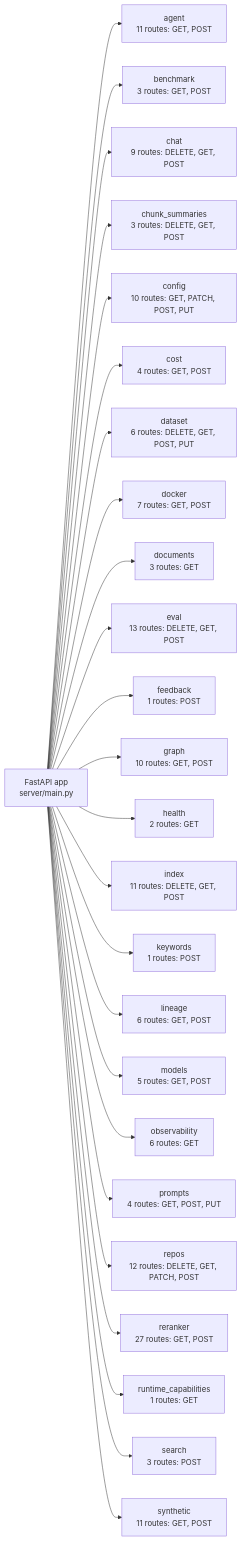
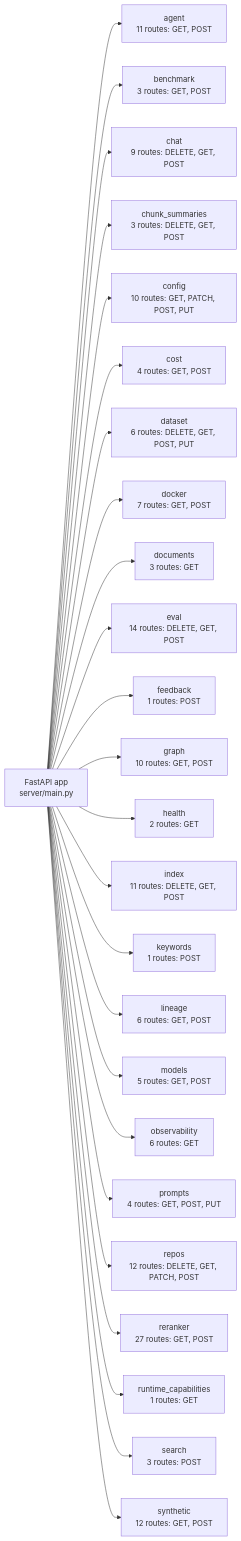
The first of 25 diagrams in mkdocs/docs/reference/architecture/api-surface.md (DMontgomery40/ragweld), drawn with Mermaid before and after one commit. The commit also changed other lines of this file and 13 other files, not shown here.

````diff
--- a/mkdocs/docs/reference/architecture/api-surface.md
+++ b/mkdocs/docs/reference/architecture/api-surface.md
@@ -10,52 +10,52 @@
 ```mermaid
 flowchart LR
     app["FastAPI app\nserver/main.py"]
     n_agent["agent\n11 routes: GET, POST"]
     app --> n_agent
     n_benchmark["benchmark\n3 routes: GET, POST"]
     app --> n_benchmark
     n_chat["chat\n9 routes: DELETE, GET, POST"]
     app --> n_chat
     n_chunk_summaries["chunk_summaries\n3 routes: DELETE, GET, POST"]
     app --> n_chunk_summaries
     n_config["config\n10 routes: GET, PATCH, POST, PUT"]
     app --> n_config
     n_cost["cost\n4 routes: GET, POST"]
     app --> n_cost
     n_dataset["dataset\n6 routes: DELETE, GET, POST, PUT"]
     app --> n_dataset
     n_docker["docker\n7 routes: GET, POST"]
     app --> n_docker
     n_documents["documents\n3 routes: GET"]
     app --> n_documents
-    n_eval["eval\n13 routes: DELETE, GET, POST"]
+    n_eval["eval\n14 routes: DELETE, GET, POST"]
     app --> n_eval
     n_feedback["feedback\n1 routes: POST"]
     app --> n_feedback
     n_graph["graph\n10 routes: GET, POST"]
     app --> n_graph
     n_health["health\n2 routes: GET"]
     app --> n_health
     n_index["index\n11 routes: DELETE, GET, POST"]
     app --> n_index
     n_keywords["keywords\n1 routes: POST"]
     app --> n_keywords
     n_lineage["lineage\n6 routes: GET, POST"]
     app --> n_lineage
     n_models["models\n5 routes: GET, POST"]
     app --> n_models
     n_observability["observability\n6 routes: GET"]
     app --> n_observability
     n_prompts["prompts\n4 routes: GET, POST, PUT"]
     app --> n_prompts
     n_repos["repos\n12 routes: DELETE, GET, PATCH, POST"]
     app --> n_repos
     n_reranker["reranker\n27 routes: GET, POST"]
     app --> n_reranker
     n_runtime_capabilities["runtime_capabilities\n1 routes: GET"]
     app --> n_runtime_capabilities
     n_search["search\n3 routes: POST"]
     app --> n_search
-    n_synthetic["synthetic\n11 routes: GET, POST"]
+    n_synthetic["synthetic\n12 routes: GET, POST"]
     app --> n_synthetic
 ```
````
